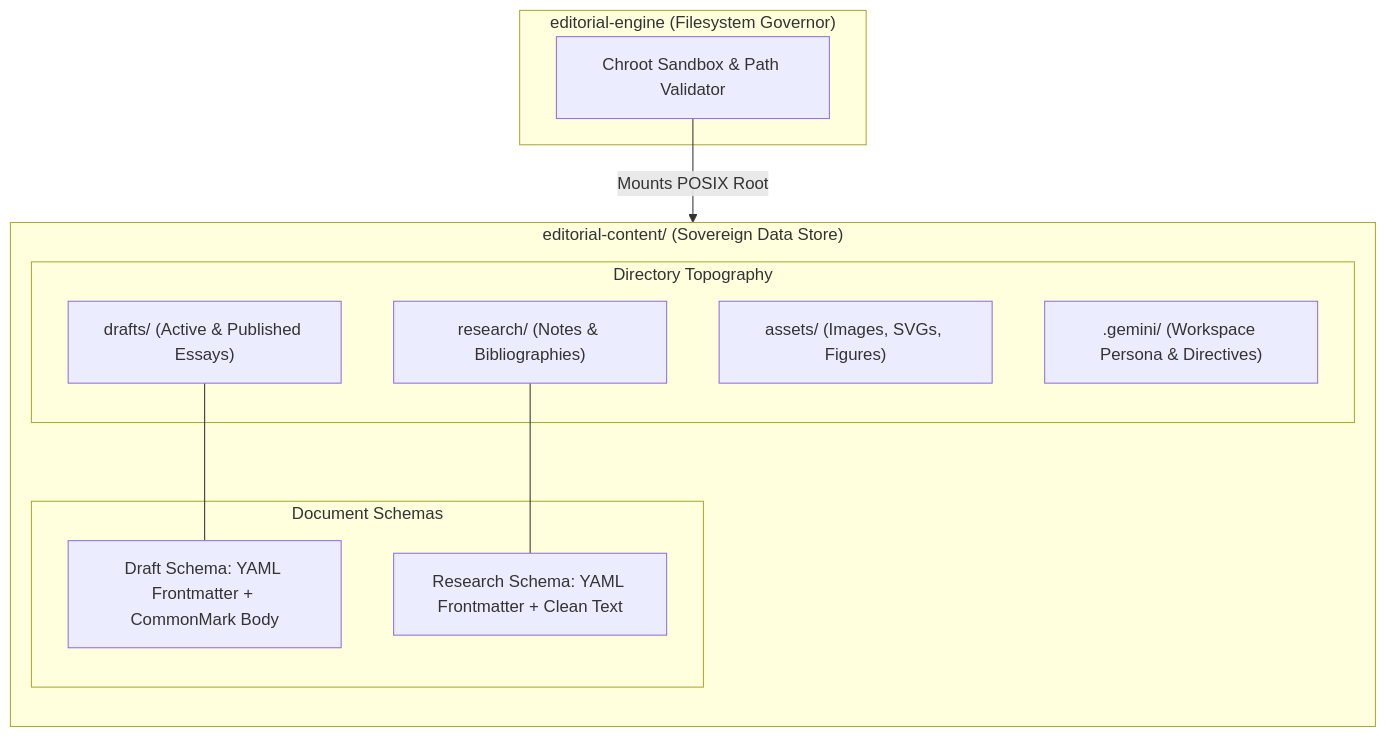
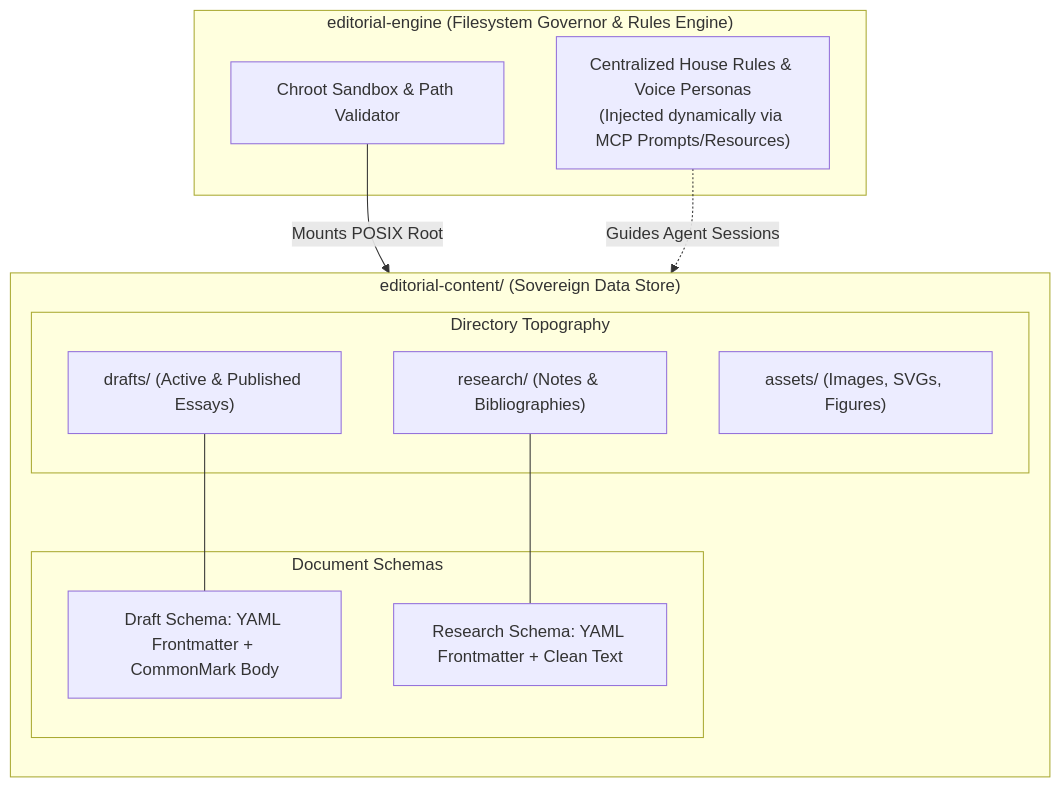
The diagram in architecture/rfcs/0002_editorial_content_filesystem_contract.md (mnaatjes/editorial-engine), drawn with Mermaid before and after one commit. The commit also changed other lines of this file, not shown here.

Commit message:
docs(rfc0002) removed .gemini/rules in data store

````diff
--- a/architecture/rfcs/0002_editorial_content_filesystem_contract.md
+++ b/architecture/rfcs/0002_editorial_content_filesystem_contract.md
@@ -23,26 +23,27 @@
 ```mermaid
 flowchart TD
     subgraph VaultRoot["editorial-content/ (Sovereign Data Store)"]
         direction TB
         subgraph Topography["Directory Topography"]
             D["drafts/ (Active & Published Essays)"]
             R["research/ (Notes & Bibliographies)"]
             A["assets/ (Images, SVGs, Figures)"]
-            G[".gemini/ (Workspace Persona & Directives)"]
         end
         
         subgraph Schemas["Document Schemas"]
             DSchema["Draft Schema: YAML Frontmatter + CommonMark Body"]
             RSchema["Research Schema: YAML Frontmatter + Clean Text"]
         end
         
         D --- DSchema
         R --- RSchema
     end
 
-    subgraph Consumer["editorial-engine (Filesystem Governor)"]
+    subgraph Consumer["editorial-engine (Filesystem Governor & Rules Engine)"]
         Gov["Chroot Sandbox & Path Validator"]
+        Rules["Centralized House Rules & Voice Personas\n(Injected dynamically via MCP Prompts/Resources)"]
     end
 
     Gov -- "Mounts POSIX Root" --> VaultRoot
+    Rules -. "Guides Agent Sessions" .-> VaultRoot
 ```
````
